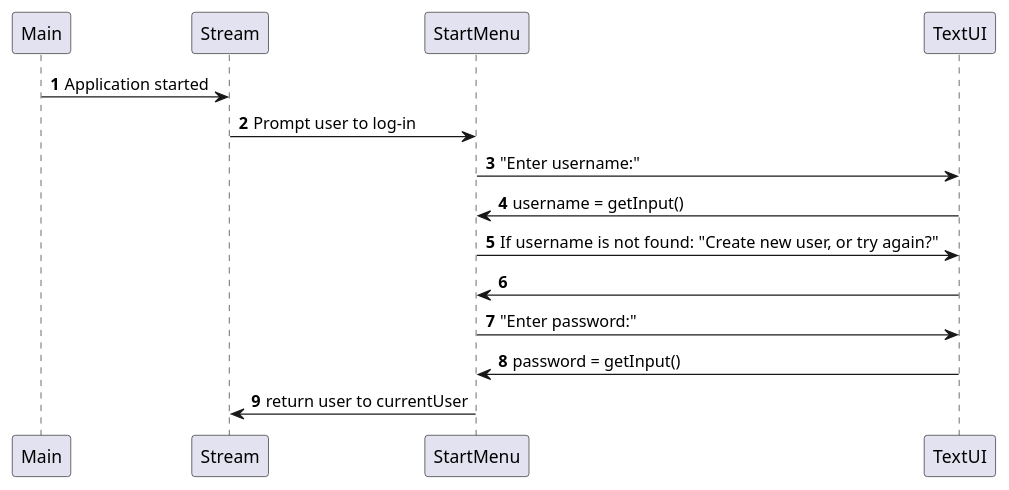
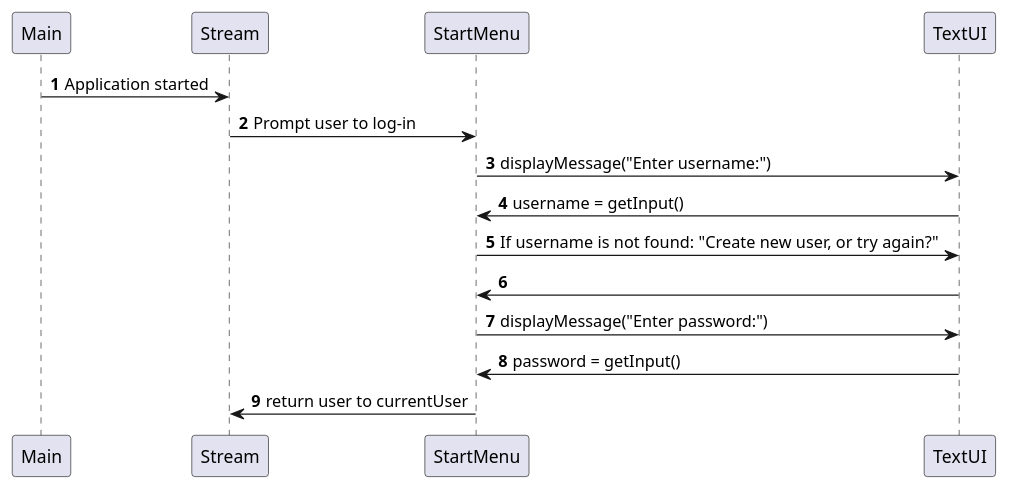
One commit to TobiasTheDanish/SP3 changed the diagram in Documentation/LogInSequence.puml. Above: the diagram before and after it, drawn with PlantUML.

```diff
--- a/Documentation/LogInSequence.puml
+++ b/Documentation/LogInSequence.puml
@@ -1,16 +1,16 @@
 @startuml
 'https://plantuml.com/sequence-diagram
 
 autonumber
 Main -> Stream: Application started
 Stream -> StartMenu: Prompt user to log-in
-StartMenu -> TextUI: "Enter username:"
+StartMenu -> TextUI: displayMessage("Enter username:")
 TextUI -> StartMenu: username = getInput()
 StartMenu -> TextUI: If username is not found: "Create new user, or try again?"
-TextUI -> StartMenu
-StartMenu -> TextUI: "Enter password:"
+TextUI -> StartMenu:
+StartMenu -> TextUI: displayMessage("Enter password:")
 TextUI -> StartMenu: password = getInput()
 
 StartMenu -> Stream: return user to currentUser
 
 @enduml
```
